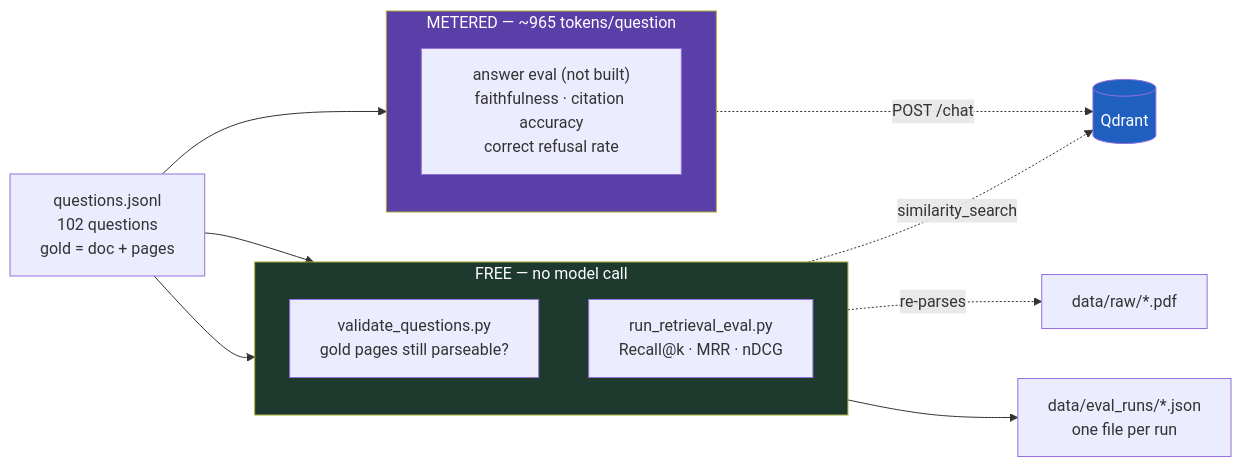
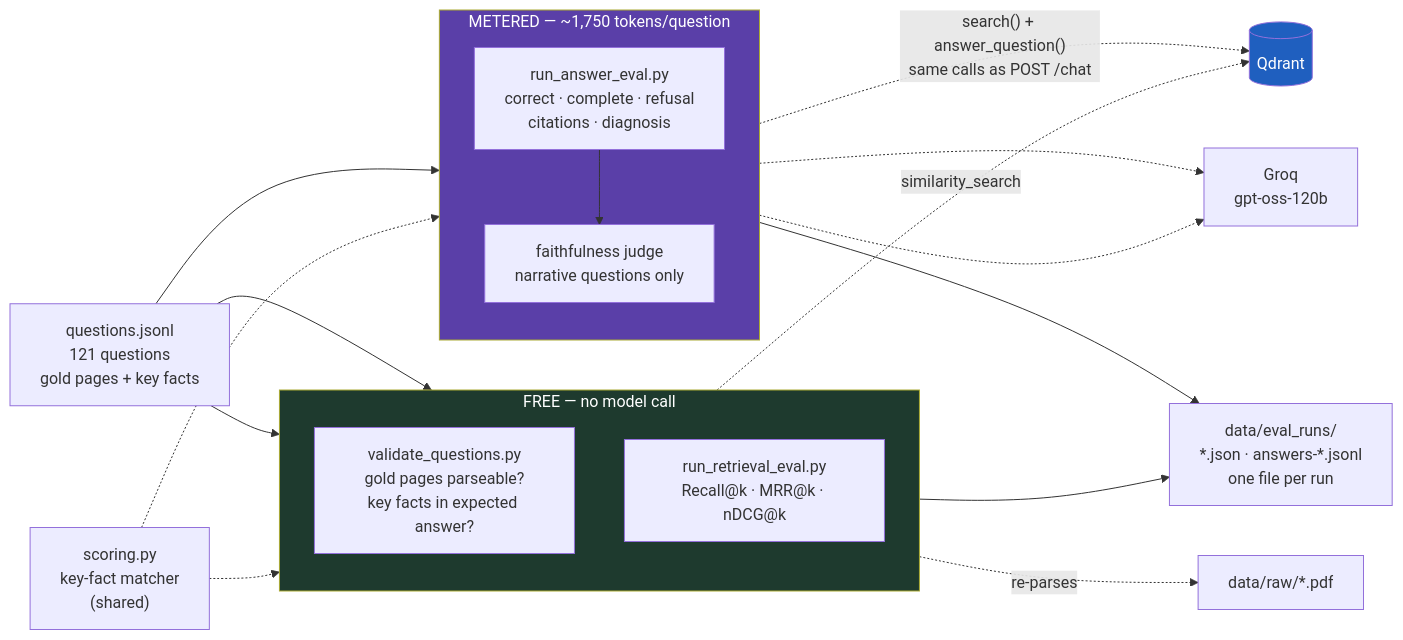
Before and after one commit to zacktiger/filingsiq: the fourth of 4 diagrams in docs/ARCHITECTURE.md, drawn with Mermaid. The commit also changed other lines of this file and 15 other files, not shown here.

First line of the commit message:
Phase 2: FY23 corpus, answer eval, and year-confusion baseline

````diff
--- a/docs/ARCHITECTURE.md
+++ b/docs/ARCHITECTURE.md
@@ -173,30 +175,39 @@
 ```mermaid
 graph LR
-    Q["questions.jsonl<br/>102 questions<br/>gold = doc + pages"]
+    Q["questions.jsonl<br/>121 questions<br/>gold pages + key facts"]
+    SC["scoring.py<br/>key-fact matcher<br/>(shared)"]
 
     subgraph free["FREE — no model call"]
         direction TB
-        V["validate_questions.py<br/>gold pages still parseable?"]
-        R["run_retrieval_eval.py<br/>Recall@k · MRR · nDCG"]
+        V["validate_questions.py<br/>gold pages parseable?<br/>key facts in expected answer?"]
+        R["run_retrieval_eval.py<br/>Recall@k · MRR@k · nDCG@k"]
     end
 
-    subgraph paid["METERED — ~965 tokens/question"]
+    subgraph paid["METERED — ~1,750 tokens/question"]
         direction TB
-        AN["answer eval (not built)<br/>faithfulness · citation accuracy<br/>correct refusal rate"]
+        AN["run_answer_eval.py<br/>correct · complete · refusal<br/>citations · diagnosis"]
+        J["faithfulness judge<br/>narrative questions only"]
+        AN --> J
     end
 
     QD[("Qdrant")]
+    G["Groq<br/>gpt-oss-120b"]
     PDFs["data/raw/*.pdf"]
 
     Q --> V
     Q --> R
     Q --> AN
+    SC -.-> V
+    SC -.-> AN
     V -.->|re-parses| PDFs
     R -.->|similarity_search| QD
-    AN -.->|POST /chat| QD
-    R --> OUT["data/eval_runs/*.json<br/>one file per run"]
+    AN -.->|"search() + answer_question()<br/>same calls as POST /chat"| QD
+    AN -.-> G
+    J -.-> G
+    R --> OUT["data/eval_runs/<br/>*.json · answers-*.jsonl<br/>one file per run"]
+    AN --> OUT
 
     style free fill:#1e3a2e,color:#fff
     style paid fill:#5a3fa8,color:#fff
     style QD fill:#1f5fbf,color:#fff
 ```
````
